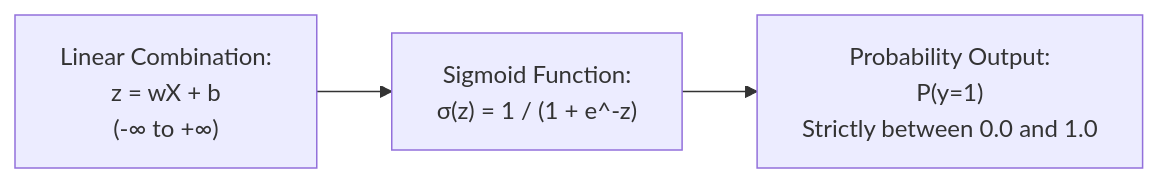
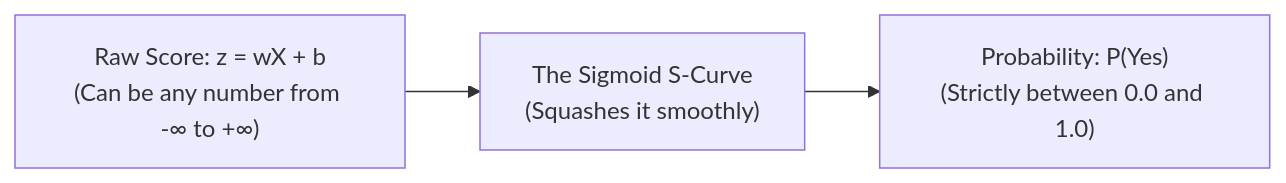
One commit to rahulkumarjha26/genai-study-materials changed the second of 5 diagrams in ML_CORE_CONCEPTS.md. Above: the diagram before and after it, drawn with Mermaid. The commit also changed other lines of this file, not shown here.

````diff
--- a/ML_CORE_CONCEPTS.md
+++ b/ML_CORE_CONCEPTS.md
@@ -206,4 +165,6 @@
 ```mermaid
 flowchart LR
-    Input["Linear Combination:<br/>z = wX + b<br/>(-∞ to +∞)"] --> Sigmoid["Sigmoid Function:<br/>σ(z) = 1 / (1 + e^-z)"] --> Prob["Probability Output:<br/>P(y=1)<br/>Strictly between 0.0 and 1.0"]
+    Line["Raw Score: z = wX + b<br/>(Can be any number from -∞ to +∞)"] 
+    --> Sigmoid["The Sigmoid S-Curve<br/>(Squashes it smoothly)"] 
+    --> Prob["Probability: P(Yes)<br/>(Strictly between 0.0 and 1.0)"]
 ```
````
